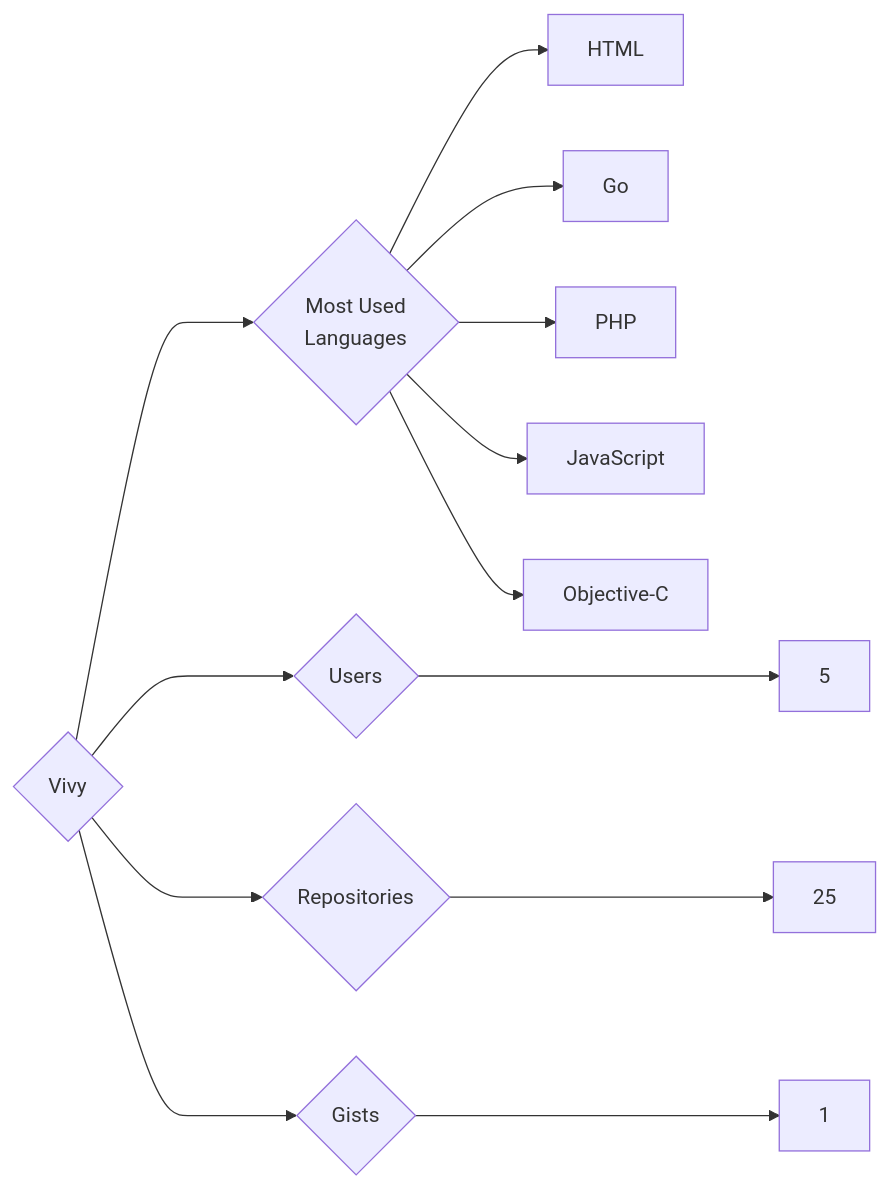
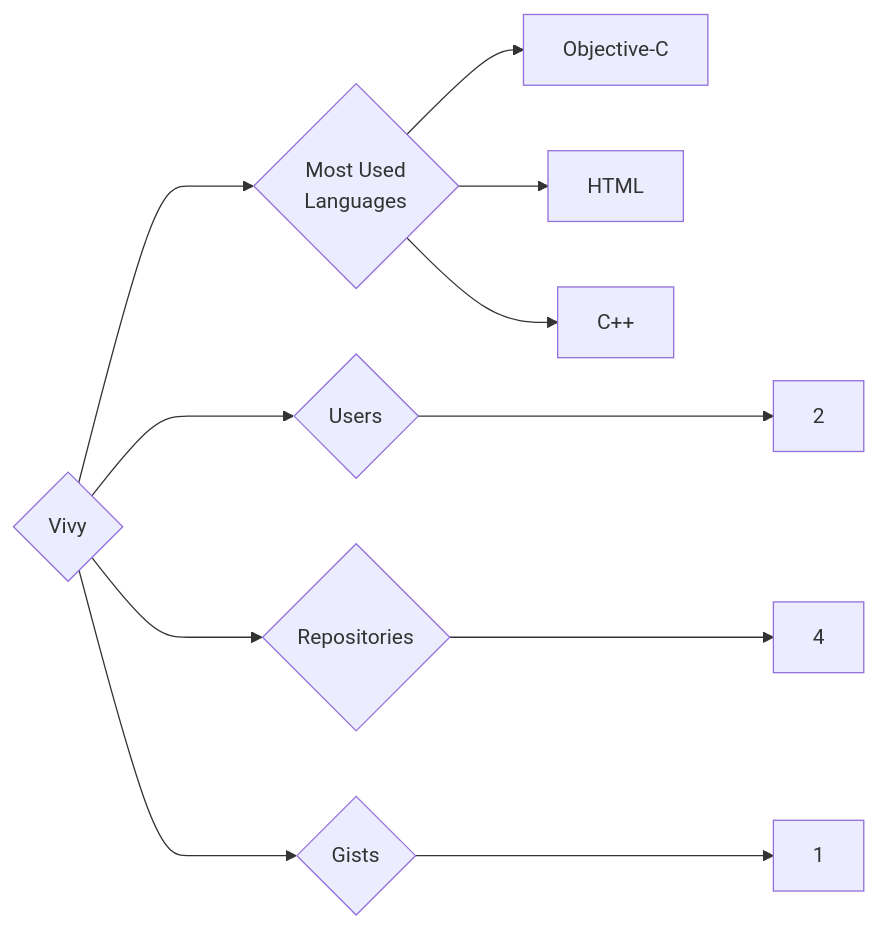
One commit to trickest/insiders changed the diagram in targets/Vivy/README.md. Above: the diagram before and after it, drawn with Mermaid. The commit also changed 1696 other files, not shown here.

````diff
--- a/targets/Vivy/README.md
+++ b/targets/Vivy/README.md
@@ -3,13 +3,11 @@
 ```mermaid
 graph LR
 COMPANY_NAME{Vivy}
-COMPANY_NAME ---> U{Users} ---> UN[5]
-COMPANY_NAME ---> R{Repositories} ---> RN[25]
+COMPANY_NAME ---> U{Users} ---> UN[2]
+COMPANY_NAME ---> R{Repositories} ---> RN[4]
 COMPANY_NAME ---> G{Gists} ---> GN[1]
 COMPANY_NAME ---> ML{Most Used<br>Languages}
+ML --> Objective-C[Objective-C]
 ML --> HTML[HTML]
-ML --> Go[Go]
-ML --> PHP[PHP]
-ML --> JavaScript[JavaScript]
-ML --> Objective-C[Objective-C]
+ML --> C++[C++]
 ```
````
